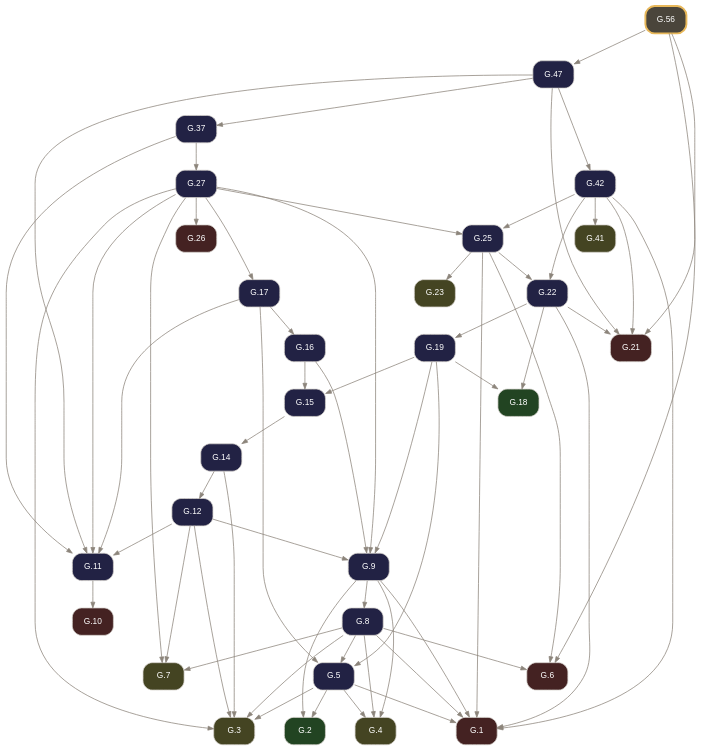
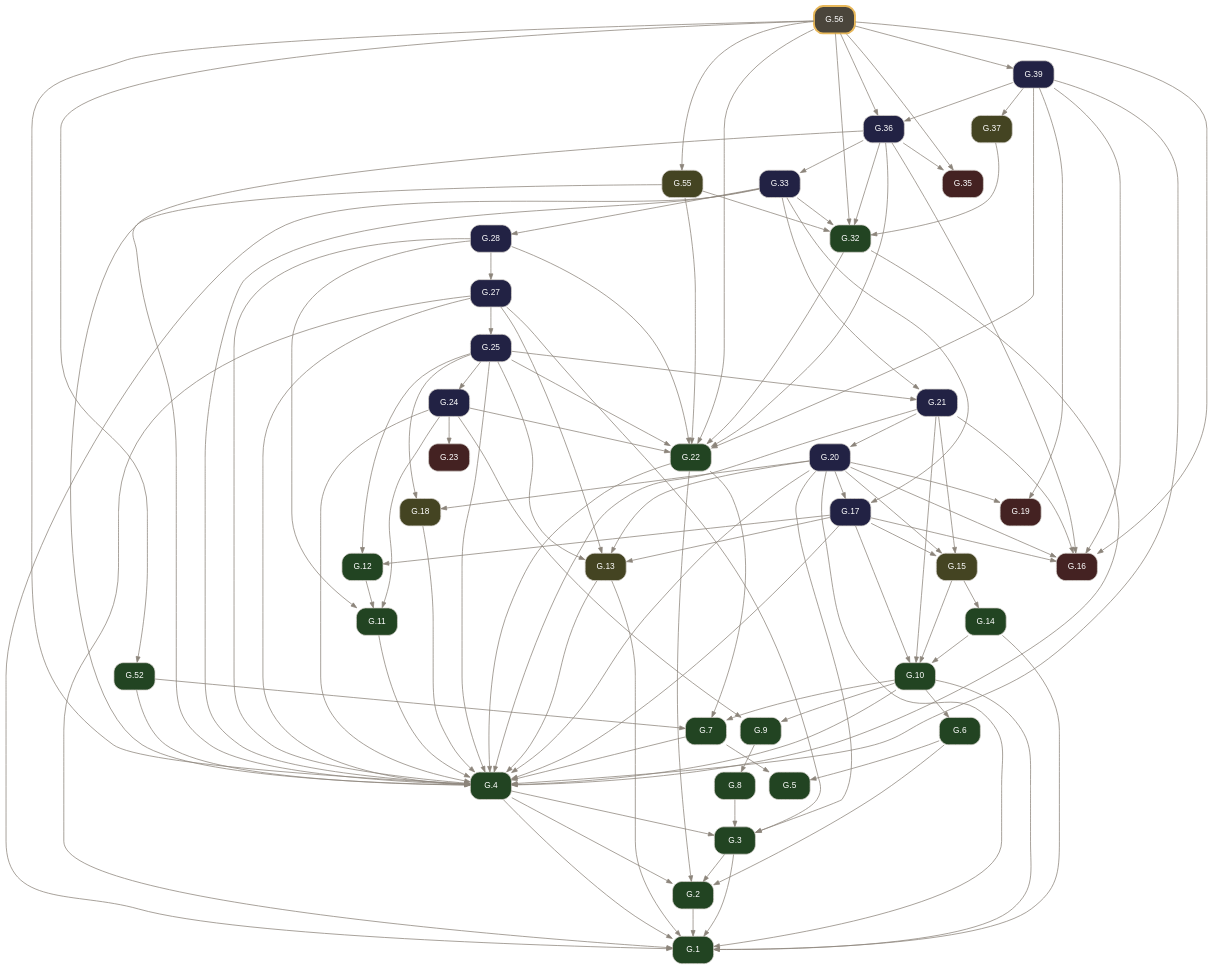
One commit to geometor/elements changed the diagram in docsrc/elements2/G.56/index.rst. Above: the diagram before and after it, drawn with Graphviz. The commit also changed other lines of this file and 2974 other files, not shown here.

Commit message:
feat(elements2): wire defined terms, short verb titles, coincidence operator, and 2-point circle notation (v0.4.0)

```diff
--- a/docsrc/elements2/G.56/index.rst
+++ b/docsrc/elements2/G.56/index.rst
@@ -75,93 +115,145 @@
      node [shape=box, style="rounded,filled", fontname="Helvetica", fontsize=11, color="#d6d3cd", fontcolor="#ffffff"];
      edge [color="#8c857b", fontcolor="#8c857b", arrowsize=0.75];
      rankdir="TB";
-     "G.1" [label="G.1", tooltip="G.1 (I.cn.1): Things equal to the same thing are equal to one another.", fillcolor="#442222", URL="../G.1/index.html", target="_top"];
-     "G.2" [label="G.2", tooltip="G.2 (I.def.15): A circle is a plane figure contained by one line such that all segments falling upon it from its center are equal.", fillcolor="#224422", URL="../G.2/index.html", target="_top"];
-     "G.3" [label="G.3", tooltip="G.3 (I.post.1): Construct a segment between any two points.", fillcolor="#444422", URL="../G.3/index.html", target="_top"];
-     "G.4" [label="G.4", tooltip="G.4 (I.post.3): Construct a circle with any center and radius.", fillcolor="#444422", URL="../G.4/index.html", target="_top"];
-     "G.5" [label="G.5", tooltip="G.5 (I.1): Construct an equilateral triangle on a given finite segment.", fillcolor="#222244", URL="../G.5/index.html", target="_top"];
-     "G.6" [label="G.6", tooltip="G.6 (I.cn.3): If equals are subtracted from equals, the remainders are equal.", fillcolor="#442222", URL="../G.6/index.html", target="_top"];
-     "G.7" [label="G.7", tooltip="G.7 (I.post.2): Extend a finite segment continuously in a straight line.", fillcolor="#444422", URL="../G.7/index.html", target="_top"];
-     "G.8" [label="G.8", tooltip="G.8 (I.2): Construct at a given point a segment equal to a given segment.", fillcolor="#222244", URL="../G.8/index.html", target="_top"];
-     "G.9" [label="G.9", tooltip="G.9 (I.3): Cut off from the greater of two unequal segments a segment equal to the less.", fillcolor="#222244", URL="../G.9/index.html", target="_top"];
-     "G.10" [label="G.10", tooltip="G.10 (I.cn.4): Things that coincide with one another are equal.", fillcolor="#442222", URL="../G.10/index.html", target="_top"];
-     "G.11" [label="G.11", tooltip="G.11 (I.4): Triangles with two sides and the included angle equal are congruent (SAS).", fillcolor="#222244", URL="../G.11/index.html", target="_top"];
-     "G.12" [label="G.12", tooltip="G.12 (I.5): In an isosceles triangle, the angles at the base are equal, and if the equal sides are extended, the angles under the base are equal.", fillcolor="#222244", URL="../G.12/index.html", target="_top"];
-     "G.14" [label="G.14", tooltip="G.14 (I.7): On the same segment and on the same side, there cannot be constructed two distinct triangles with both pairs of conterminous sides equal.", fillcolor="#222244", URL="../G.14/index.html", target="_top"];
-     "G.15" [label="G.15", tooltip="G.15 (I.8): Triangles with all three corresponding sides equal have their corresponding angles equal (SSS).", fillcolor="#222244", URL="../G.15/index.html", target="_top"];
-     "G.16" [label="G.16", tooltip="G.16 (I.9): Bisect a given angle.", fillcolor="#222244", URL="../G.16/index.html", target="_top"];
-     "G.17" [label="G.17", tooltip="G.17 (I.10): Bisect a given finite segment.", fillcolor="#222244", URL="../G.17/index.html", target="_top"];
-     "G.18" [label="G.18", tooltip="G.18 (I.def.10): When a straight line standing on a straight line makes the adjacent angles equal, each of the equal angles is a right angle, and the standing line is perpendicular to that on which...", fillcolor="#224422", URL="../G.18/index.html", target="_top"];
-     "G.19" [label="G.19", tooltip="G.19 (I.11): Construct a line at right angles to a given line from a given point on it.", fillcolor="#222244", URL="../G.19/index.html", target="_top"];
-     "G.21" [label="G.21", tooltip="G.21 (I.cn.2): If equals are added to equals, the wholes are equal.", fillcolor="#442222", URL="../G.21/index.html", target="_top"];
-     "G.22" [label="G.22", tooltip="G.22 (I.13): A ray standing on a line makes either two right angles or adjacent angles summing to two right angles.", fillcolor="#222244", URL="../G.22/index.html", target="_top"];
-     "G.23" [label="G.23", tooltip="G.23 (I.post.4): All right angles are equal.", fillcolor="#444422", URL="../G.23/index.html", target="_top"];
-     "G.25" [label="G.25", tooltip="G.25 (I.15): Intersecting lines make their vertical angles equal.", fillcolor="#222244", URL="../G.25/index.html", target="_top"];
-     "G.26" [label="G.26", tooltip="G.26 (I.cn.5): The whole is greater than the part.", fillcolor="#442222", URL="../G.26/index.html", target="_top"];
-     "G.27" [label="G.27", tooltip="G.27 (I.16): In any triangle, if one side is extended, the exterior angle is greater than either opposite interior angle.", fillcolor="#222244", URL="../G.27/index.html", target="_top"];
-     "G.37" [label="G.37", tooltip="G.37 (I.26): Triangles with two angles and one corresponding side equal are congruent (ASA / AAS).", fillcolor="#222244", URL="../G.37/index.html", target="_top"];
-     "G.41" [label="G.41", tooltip="G.41 (I.post.5): Two lines intersected by a transversal with interior angles on one side summing to less than two right angles meet on that side.", fillcolor="#444422", URL="../G.41/index.html", target="_top"];
-     "G.42" [label="G.42", tooltip="G.42 (I.29): A transversal cutting parallel lines makes alternate interior angles equal, exterior and opposite interior angles equal, and same-side interior angles supplementary.", fillcolor="#222244", URL="../G.42/index.html", target="_top"];
-     "G.47" [label="G.47", tooltip="G.47 (I.34): In a parallelogram, opposite sides and opposite angles are equal, and the diagonal bisects the area.", fillcolor="#222244", URL="../G.47/index.html", target="_top"];
-     "G.56" [label="G.56", tooltip="G.56 (I.43): In any parallelogram, the complements of the parallelograms about the diagonal are equal in area.", penwidth=2.5, color="#e8b85a", fillcolor="#4a453b", URL="index.html", target="_top"];
-     "G.5" -> "G.1";
-     "G.8" -> "G.1";
-     "G.9" -> "G.1";
-     "G.22" -> "G.1";
-     "G.25" -> "G.1";
-     "G.42" -> "G.1";
-     "G.5" -> "G.2";
-     "G.9" -> "G.2";
-     "G.5" -> "G.3";
+     "G.1" [label="G.1", tooltip="G.1 (I.def.1): A point A is that which has no part.", fillcolor="#224422", URL="../G.1/index.html", target="_top"];
+     "G.2" [label="G.2", tooltip="G.2 (I.def.2): A line [ A B ] is a projection of a relationship of two points A, B.", fillcolor="#224422", URL="../G.2/index.html", target="_top"];
+     "G.3" [label="G.3", tooltip="G.3 (I.def.3): The extremities of a segment / A B / are points A, B.", fillcolor="#224422", URL="../G.3/index.html", target="_top"];
+     "G.4" [label="G.4", tooltip="G.4 (I.def.4): A segment / A B / is a portion of a line [ A B ] between two points A, B on the line.", fillcolor="#224422", URL="../G.4/index.html", target="_top"];
+     "G.5" [label="G.5", tooltip="G.5 (I.def.5): A surface is that which has length and breadth only.", fillcolor="#224422", URL="../G.5/index.html", target="_top"];
+     "G.6" [label="G.6", tooltip="G.6 (I.def.6): The extremities of a surface are lines or arcs.", fillcolor="#224422", URL="../G.6/index.html", target="_top"];
+     "G.7" [label="G.7", tooltip="G.7 (I.def.7): A plane surface lies evenly with the lines on itself.", fillcolor="#224422", URL="../G.7/index.html", target="_top"];
+     "G.8" [label="G.8", tooltip="G.8 (I.def.13): A boundary is the extremity of anything.", fillcolor="#224422", URL="../G.8/index.html", target="_top"];
+     "G.9" [label="G.9", tooltip="G.9 (I.def.14): A figure is that which is contained by any boundary or boundaries.", fillcolor="#224422", URL="../G.9/index.html", target="_top"];
+     "G.10" [label="G.10", tooltip="G.10 (I.def.15): A circle ( A B ) is a plane figure contained by one arc defined by a center A and a point B establishing its defining radius / A B /, such that all segments / A B /, / A C /, / A D...", fillcolor="#224422", URL="../G.10/index.html", target="_top"];
+     "G.11" [label="G.11", tooltip="G.11 (I.def.19): Rectilineal figures are contained by segments: trilateral by three, quadrilateral by four, and multilateral by more than four.", fillcolor="#224422", URL="../G.11/index.html", target="_top"];
+     "G.12" [label="G.12", tooltip="G.12 (I.def.20): Of trilateral figures, an equilateral triangle < A B C > has three equal sides, an isosceles triangle < D E F > has two equal sides, and a scalene triangle < G H K > has three uneq...", fillcolor="#224422", URL="../G.12/index.html", target="_top"];
+     "G.13" [label="G.13", tooltip="G.13 (I.post.1): Construct a segment / A B / between any two points A, B.", fillcolor="#444422", URL="../G.13/index.html", target="_top"];
+     "G.14" [label="G.14", tooltip="G.14 (I.def.16): The point A within the circle ( A B ) from which all segments / A B /, / A C / to the arc are equal is called the center of the circle.", fillcolor="#224422", URL="../G.14/index.html", target="_top"];
+     "G.15" [label="G.15", tooltip="G.15 (I.post.3): Construct a circle ( A B ) with center A and defining radius point B.", fillcolor="#444422", URL="../G.15/index.html", target="_top"];
+     "G.16" [label="G.16", tooltip="G.16 (I.cn.1): Things equal to the same thing are equal to one another.", fillcolor="#442222", URL="../G.16/index.html", target="_top"];
+     "G.17" [label="G.17", tooltip="G.17 (I.1): Construct an equilateral triangle on a given segment.", fillcolor="#222244", URL="../G.17/index.html", target="_top"];
+     "G.18" [label="G.18", tooltip="G.18 (I.post.2): Extend a segment / A B / continuously along a line [ A B ] to / B C /.", fillcolor="#444422", URL="../G.18/index.html", target="_top"];
+     "G.19" [label="G.19", tooltip="G.19 (I.cn.3): If equals are subtracted from equals, the remainders are equal.", fillcolor="#442222", URL="../G.19/index.html", target="_top"];
+     "G.20" [label="G.20", tooltip="G.20 (I.2): Construct at a given point a segment equal to a given segment.", fillcolor="#222244", URL="../G.20/index.html", target="_top"];
+     "G.21" [label="G.21", tooltip="G.21 (I.3): Cut off from the greater of two unequal segments a segment equal to the less.", fillcolor="#222244", URL="../G.21/index.html", target="_top"];
+     "G.22" [label="G.22", tooltip="G.22 (I.def.8): A plane angle is the inclination to one another of two lines or arcs in a plane that meet and do not lie on the same line.", fillcolor="#224422", URL="../G.22/index.html", target="_top"];
+     "G.23" [label="G.23", tooltip="G.23 (I.cn.4): Things / A B /, / D E / that coincide with one another are equal to one another.", fillcolor="#442222", URL="../G.23/index.html", target="_top"];
+     "G.24" [label="G.24", tooltip="G.24 (I.4): Triangles with two sides and the included angle equal are congruent (SAS).", fillcolor="#222244", URL="../G.24/index.html", target="_top"];
+     "G.25" [label="G.25", tooltip="G.25 (I.5): In an isosceles triangle, the angles at the base are equal, and if the equal sides are extended, the angles under the base are equal.", fillcolor="#222244", URL="../G.25/index.html", target="_top"];
+     "G.27" [label="G.27", tooltip="G.27 (I.7): On the same segment and on the same side, there cannot be constructed two distinct triangles with both pairs of conterminous sides equal.", fillcolor="#222244", URL="../G.27/index.html", target="_top"];
+     "G.28" [label="G.28", tooltip="G.28 (I.8): Triangles with all three corresponding sides equal have their corresponding angles equal (SSS).", fillcolor="#222244", URL="../G.28/index.html", target="_top"];
+     "G.32" [label="G.32", tooltip="G.32 (I.def.10): When a segment standing on a line makes the adjacent angles equal, each of the equal angles is a right angle, and the standing segment is perpendicular to the line.", fillcolor="#224422", URL="../G.32/index.html", target="_top"];
+     "G.33" [label="G.33", tooltip="G.33 (I.11): Construct a segment at right angles to a given line from a given point on it.", fillcolor="#222244", URL="../G.33/index.html", target="_top"];
+     "G.35" [label="G.35", tooltip="G.35 (I.cn.2): If equals are added to equals, the wholes are equal.", fillcolor="#442222", URL="../G.35/index.html", target="_top"];
+     "G.36" [label="G.36", tooltip="G.36 (I.13): A segment standing on a line makes either two right angles or adjacent angles summing to two right angles.", fillcolor="#222244", URL="../G.36/index.html", target="_top"];
+     "G.37" [label="G.37", tooltip="G.37 (I.post.4): All right angles are equal.", fillcolor="#444422", URL="../G.37/index.html", target="_top"];
+     "G.39" [label="G.39", tooltip="G.39 (I.15): Intersecting lines make their vertical angles equal.", fillcolor="#222244", URL="../G.39/index.html", target="_top"];
+     "G.52" [label="G.52", tooltip="G.52 (I.def.23): Parallel lines are lines in the same plane which, extended indefinitely in both directions, do not meet.", fillcolor="#224422", URL="../G.52/index.html", target="_top"];
+     "G.55" [label="G.55", tooltip="G.55 (I.post.5): Two lines intersected by a transversal with interior angles on one side summing to less than two right angles meet on that side.", fillcolor="#444422", URL="../G.55/index.html", target="_top"];
+     "G.56" [label="G.56", tooltip="G.56 (I.29): A transversal cutting parallel lines makes alternate interior angles equal, exterior and opposite interior angles equal, and same-side interior angles supplementary.", penwidth=2.5, color="#e8b85a", fillcolor="#4a453b", URL="index.html", target="_top"];
+     "G.2" -> "G.1";
+     "G.3" -> "G.1";
+     "G.4" -> "G.1";
+     "G.10" -> "G.1";
+     "G.13" -> "G.1";
+     "G.14" -> "G.1";
+     "G.20" -> "G.1";
+     "G.27" -> "G.1";
+     "G.33" -> "G.1";
+     "G.3" -> "G.2";
+     "G.4" -> "G.2";
+     "G.6" -> "G.2";
+     "G.22" -> "G.2";
+     "G.4" -> "G.3";
      "G.8" -> "G.3";
-     "G.12" -> "G.3";
-     "G.14" -> "G.3";
+     "G.20" -> "G.3";
      "G.27" -> "G.3";
-     "G.5" -> "G.4";
-     "G.8" -> "G.4";
-     "G.9" -> "G.4";
-     "G.8" -> "G.5";
-     "G.17" -> "G.5";
-     "G.19" -> "G.5";
-     "G.8" -> "G.6";
-     "G.25" -> "G.6";
-     "G.56" -> "G.6";
-     "G.8" -> "G.7";
-     "G.12" -> "G.7";
-     "G.27" -> "G.7";
+     "G.7" -> "G.4";
+     "G.10" -> "G.4";
+     "G.11" -> "G.4";
+     "G.13" -> "G.4";
+     "G.17" -> "G.4";
+     "G.18" -> "G.4";
+     "G.20" -> "G.4";
+     "G.21" -> "G.4";
+     "G.22" -> "G.4";
+     "G.24" -> "G.4";
+     "G.25" -> "G.4";
+     "G.27" -> "G.4";
+     "G.28" -> "G.4";
+     "G.32" -> "G.4";
+     "G.33" -> "G.4";
+     "G.36" -> "G.4";
+     "G.39" -> "G.4";
+     "G.52" -> "G.4";
+     "G.55" -> "G.4";
+     "G.56" -> "G.4";
+     "G.6" -> "G.5";
+     "G.7" -> "G.5";
+     "G.10" -> "G.6";
+     "G.10" -> "G.7";
+     "G.22" -> "G.7";
+     "G.52" -> "G.7";
      "G.9" -> "G.8";
-     "G.12" -> "G.9";
-     "G.16" -> "G.9";
-     "G.19" -> "G.9";
-     "G.27" -> "G.9";
-     "G.11" -> "G.10";
+     "G.10" -> "G.9";
+     "G.24" -> "G.9";
+     "G.14" -> "G.10";
+     "G.15" -> "G.10";
+     "G.17" -> "G.10";
+     "G.21" -> "G.10";
      "G.12" -> "G.11";
-     "G.17" -> "G.11";
-     "G.27" -> "G.11";
-     "G.37" -> "G.11";
-     "G.47" -> "G.11";
-     "G.14" -> "G.12";
+     "G.24" -> "G.11";
+     "G.28" -> "G.11";
+     "G.17" -> "G.12";
+     "G.25" -> "G.12";
+     "G.17" -> "G.13";
+     "G.20" -> "G.13";
+     "G.25" -> "G.13";
+     "G.27" -> "G.13";
      "G.15" -> "G.14";
-     "G.16" -> "G.15";
-     "G.19" -> "G.15";
+     "G.17" -> "G.15";
+     "G.20" -> "G.15";
+     "G.21" -> "G.15";
      "G.17" -> "G.16";
-     "G.27" -> "G.17";
-     "G.19" -> "G.18";
-     "G.22" -> "G.18";
-     "G.22" -> "G.19";
-     "G.22" -> "G.21";
-     "G.42" -> "G.21";
-     "G.47" -> "G.21";
-     "G.56" -> "G.21";
+     "G.20" -> "G.16";
+     "G.21" -> "G.16";
+     "G.36" -> "G.16";
+     "G.39" -> "G.16";
+     "G.56" -> "G.16";
+     "G.20" -> "G.17";
+     "G.33" -> "G.17";
+     "G.20" -> "G.18";
+     "G.25" -> "G.18";
+     "G.20" -> "G.19";
+     "G.39" -> "G.19";
+     "G.21" -> "G.20";
+     "G.25" -> "G.21";
+     "G.33" -> "G.21";
+     "G.24" -> "G.22";
      "G.25" -> "G.22";
-     "G.42" -> "G.22";
-     "G.25" -> "G.23";
+     "G.28" -> "G.22";
+     "G.32" -> "G.22";
+     "G.36" -> "G.22";
+     "G.39" -> "G.22";
+     "G.55" -> "G.22";
+     "G.56" -> "G.22";
+     "G.24" -> "G.23";
+     "G.25" -> "G.24";
      "G.27" -> "G.25";
-     "G.42" -> "G.25";
-     "G.27" -> "G.26";
-     "G.37" -> "G.27";
-     "G.47" -> "G.37";
-     "G.42" -> "G.41";
-     "G.47" -> "G.42";
-     "G.56" -> "G.47";
+     "G.28" -> "G.27";
+     "G.33" -> "G.28";
+     "G.33" -> "G.32";
+     "G.36" -> "G.32";
+     "G.37" -> "G.32";
+     "G.55" -> "G.32";
+     "G.56" -> "G.32";
+     "G.36" -> "G.33";
+     "G.36" -> "G.35";
+     "G.56" -> "G.35";
+     "G.39" -> "G.36";
+     "G.56" -> "G.36";
+     "G.39" -> "G.37";
+     "G.56" -> "G.39";
+     "G.56" -> "G.52";
+     "G.56" -> "G.55";
    }
```
